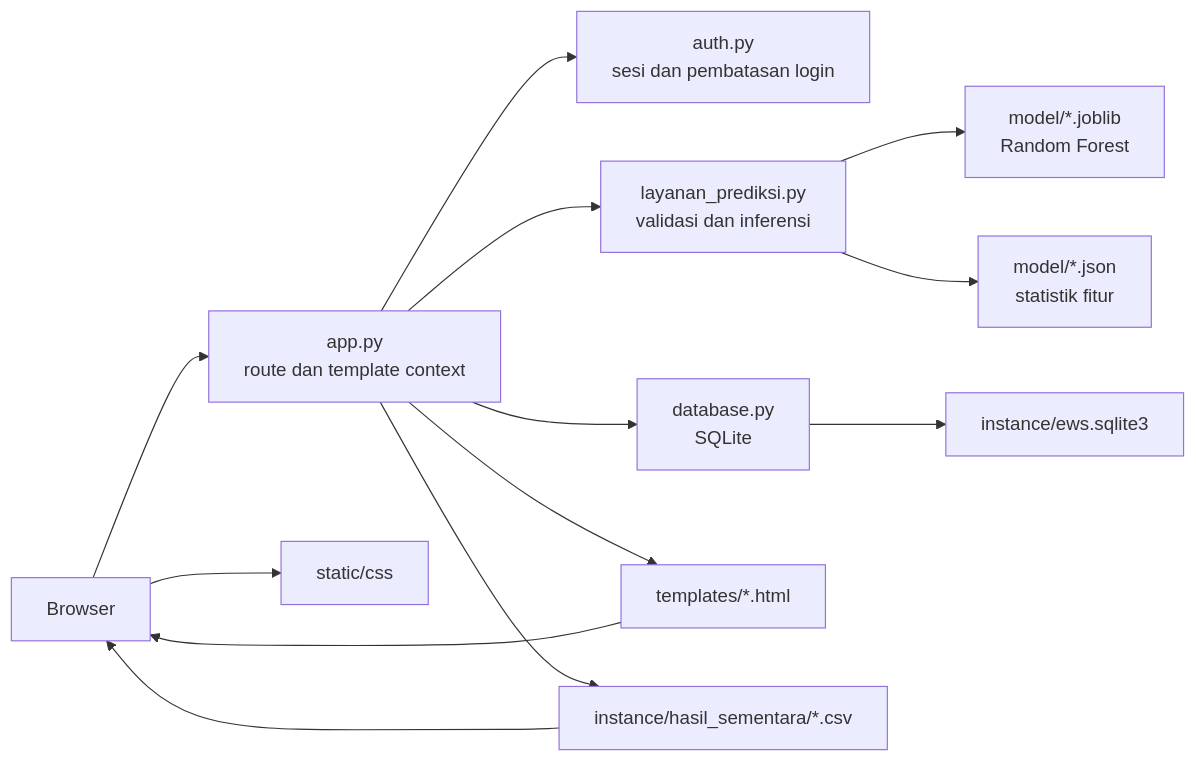
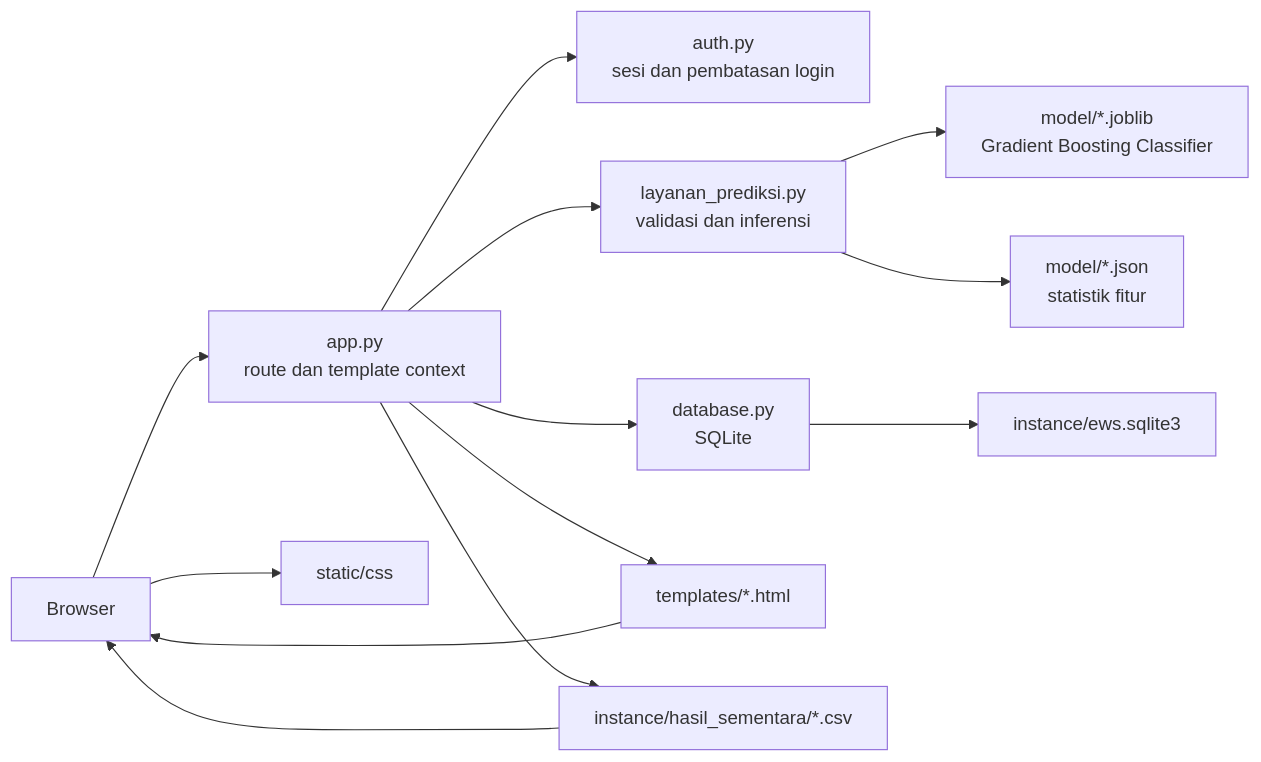
One commit to raulfathoni/Project-ML changed the first of 2 diagrams in docs/architecture.md. Above: the diagram before and after it, drawn with Mermaid. The commit also changed other lines of this file and 21 other files, not shown here.

````diff
--- a/docs/architecture.md
+++ b/docs/architecture.md
@@ -9,15 +9,15 @@
 ```mermaid
 flowchart LR
     Browser[Browser] --> Routes[app.py<br/>route dan template context]
     Routes --> Auth[auth.py<br/>sesi dan pembatasan login]
     Routes --> Prediction[layanan_prediksi.py<br/>validasi dan inferensi]
-    Prediction --> Model[model/*.joblib<br/>Random Forest]
+    Prediction --> Model[model/*.joblib<br/>Gradient Boosting Classifier]
     Prediction --> Stats[model/*.json<br/>statistik fitur]
     Routes --> Database[database.py<br/>SQLite]
     Database --> SQLite[instance/ews.sqlite3]
     Routes --> Templates[templates/*.html]
     Templates --> Browser
     Routes --> TempCSV[instance/hasil_sementara/*.csv]
     TempCSV --> Browser
     Browser --> Static[static/css]
 ```
````
